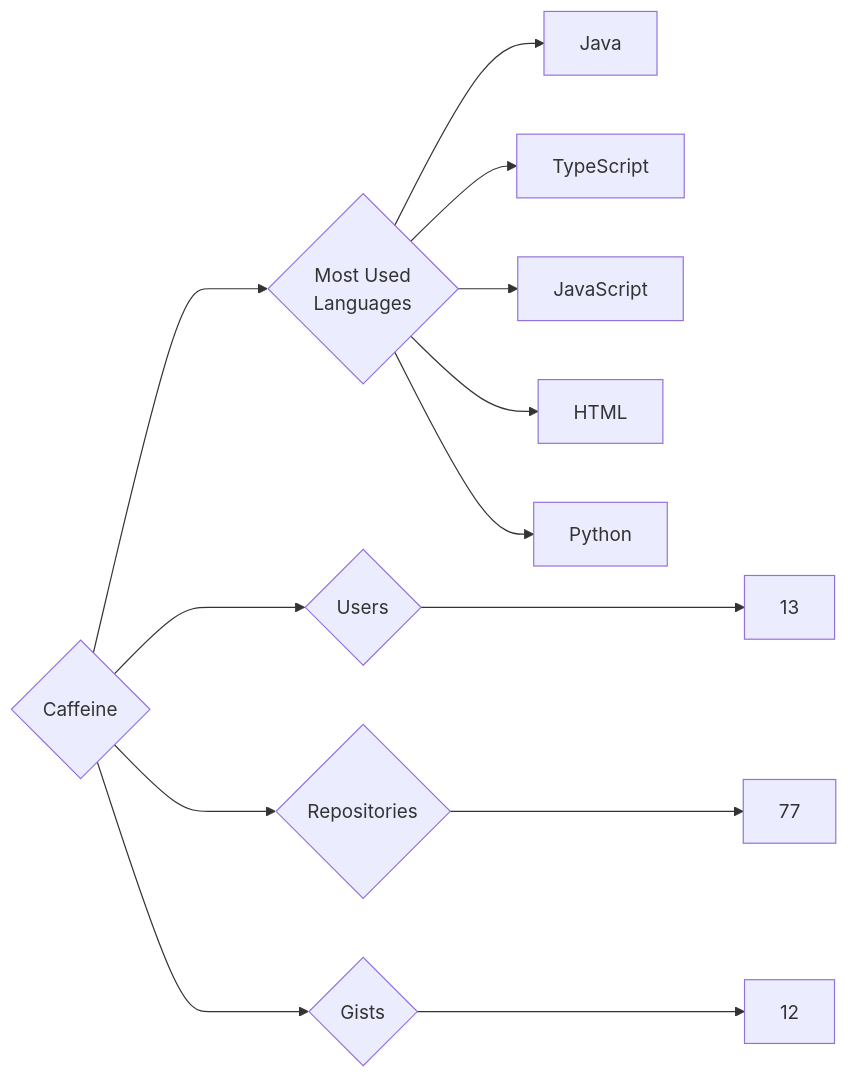
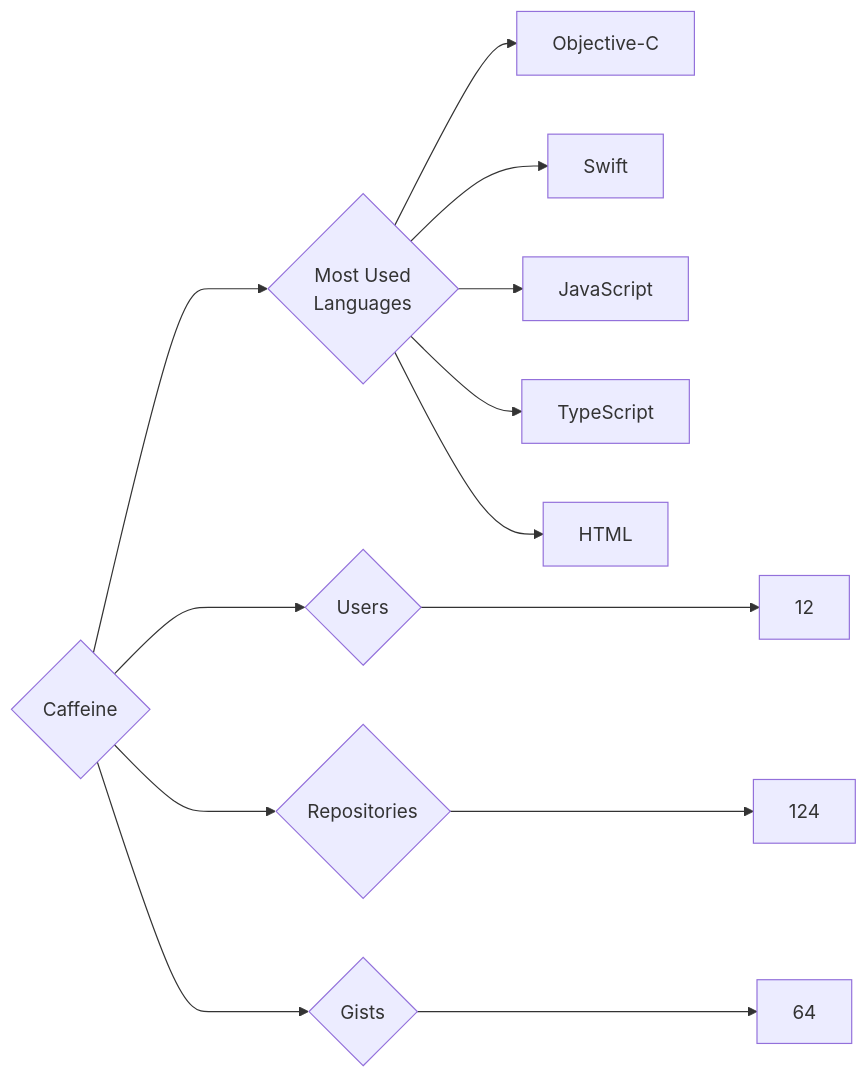
One commit to trickest/insiders changed the diagram in targets/Caffeine/README.md. Above: the diagram before and after it, drawn with Mermaid. The commit also changed 723 other files, not shown here.

````diff
--- a/targets/Caffeine/README.md
+++ b/targets/Caffeine/README.md
@@ -3,13 +3,13 @@
 ```mermaid
 graph LR
 COMPANY_NAME{Caffeine}
-COMPANY_NAME ---> U{Users} ---> UN[13]
-COMPANY_NAME ---> R{Repositories} ---> RN[77]
-COMPANY_NAME ---> G{Gists} ---> GN[12]
+COMPANY_NAME ---> U{Users} ---> UN[12]
+COMPANY_NAME ---> R{Repositories} ---> RN[124]
+COMPANY_NAME ---> G{Gists} ---> GN[64]
 COMPANY_NAME ---> ML{Most Used<br>Languages}
-ML --> Java[Java]
+ML --> Objective-C[Objective-C]
+ML --> Swift[Swift]
+ML --> JavaScript[JavaScript]
 ML --> TypeScript[TypeScript]
-ML --> JavaScript[JavaScript]
 ML --> HTML[HTML]
-ML --> Python[Python]
 ```
````
